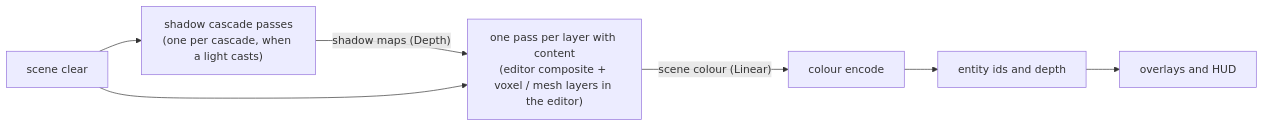
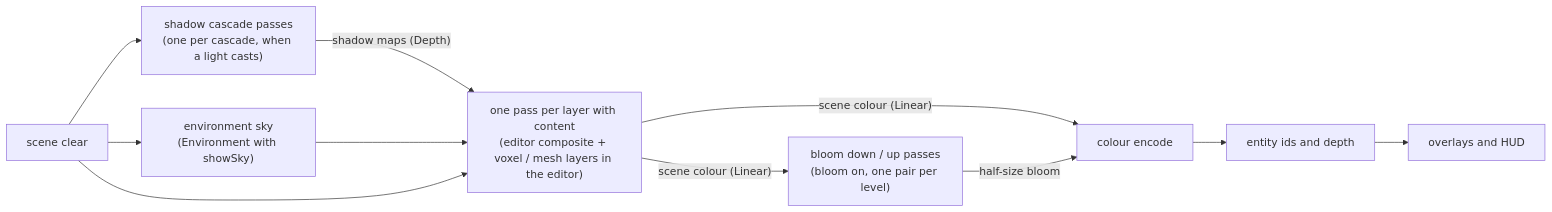
Before and after one commit to Silmaen/Owl: the fourth of 13 diagrams in doc/pages/renderer.md, drawn with Mermaid. The commit also changed other lines of this file and 289 other files, not shown here.

````diff
--- a/doc/pages/renderer.md
+++ b/doc/pages/renderer.md
@@ -182,9 +182,13 @@
 ```mermaid
 flowchart LR
     C["scene clear"] --> S["shadow cascade passes<br/>(one per cascade, when a light casts)"]
+    C --> K["environment sky<br/>(Environment with showSky)"]
     S -->|"shadow maps (Depth)"| L["one pass per layer with content<br/>(editor composite + voxel / mesh layers in the editor)"]
+    K --> L
     C --> L
+    L -->|"scene colour (Linear)"| B["bloom down / up passes<br/>(bloom on, one pair per level)"]
     L -->|"scene colour (Linear)"| E["colour encode"]
+    B -->|"half-size bloom"| E
     E --> I["entity ids and depth"]
     I --> O["overlays and HUD"]
 ```
````
